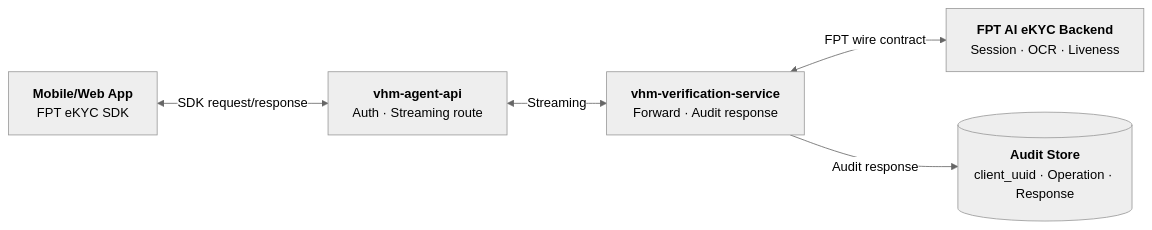
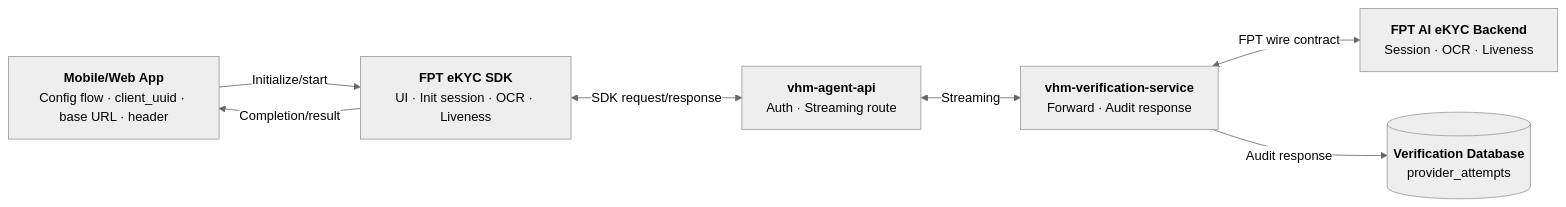
The fifth of 7 diagrams in noxh-ekyc.md (huynv-xyz/vhm), drawn with Mermaid (neutral theme) before and after one commit. The commit also changed other lines of this file, not shown here.

````diff
--- a/noxh-ekyc.md
+++ b/noxh-ekyc.md
@@ -318,18 +395,22 @@
 ```mermaid
 flowchart LR
     APP["`**Mobile/Web App**
-FPT eKYC SDK`"]
+Config flow · client_uuid · base URL · header`"]
+    SDK["`**FPT eKYC SDK**
+UI · Init session · OCR · Liveness`"]
     BFF["`**vhm-agent-api**
 Auth · Streaming route`"]
     SERVICE["`**vhm-verification-service**
 Forward · Audit response`"]
-    AUDIT[("`**Audit Store**
-client_uuid · Operation · Response`")]
+    DB[("`**Verification Database**
+provider_attempts`")]
     FPT["`**FPT AI eKYC Backend**
 Session · OCR · Liveness`"]
 
-    APP <-->|"SDK request/response"| BFF
+    APP -->|"Initialize/start"| SDK
+    SDK -->|"Completion/result"| APP
+    SDK <-->|"SDK request/response"| BFF
     BFF <-->|"Streaming"| SERVICE
     SERVICE <-->|"FPT wire contract"| FPT
-    SERVICE -->|"Audit response"| AUDIT
+    SERVICE -->|"Audit response"| DB
 ```
````
